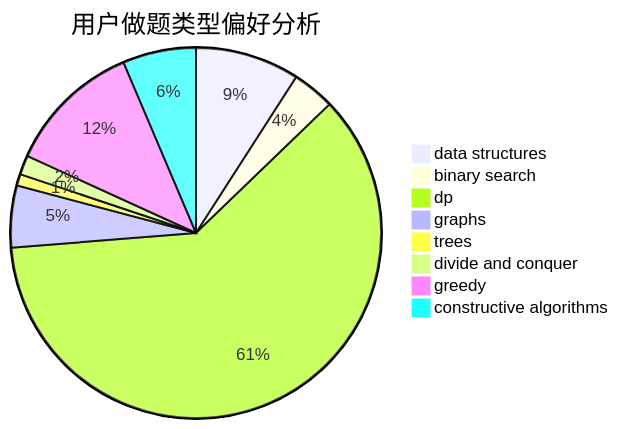
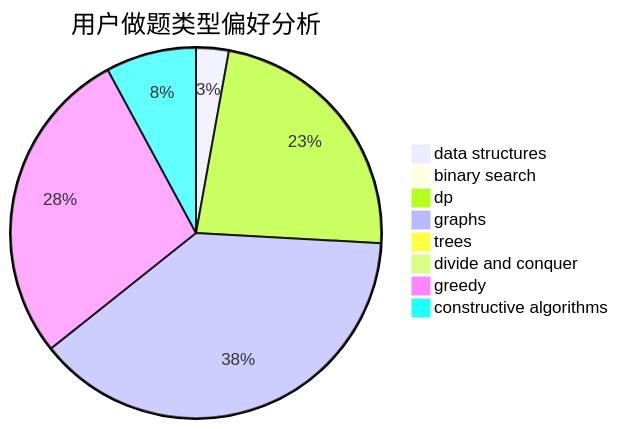
Before and after one commit to sherpahu/cfrs.github.io: the second of 3 diagrams in docs/user/u2294.md, drawn with Mermaid. The commit also changed other lines of this file and 2770 other files, not shown here.

````diff
--- a/docs/user/u2294.md
+++ b/docs/user/u2294.md
@@ -23,11 +23,11 @@
 ```mermaid
 pie title 用户做题类型偏好分析
-    "data structures" :  27
-    "binary search" :  11
-    "dp" :  181
-    "graphs" :  16
-    "trees" :  3
-    "divide and conquer" :  5
-    "greedy" :  35
-    "constructive algorithms" :  19
+    "data structures" :  22
+    "binary search" :  4
+    "dp" :  178
+    "graphs" :  297
+    "trees" :  0
+    "divide and conquer" :  1
+    "greedy" :  215
+    "constructive algorithms" :  61
 ```
````
